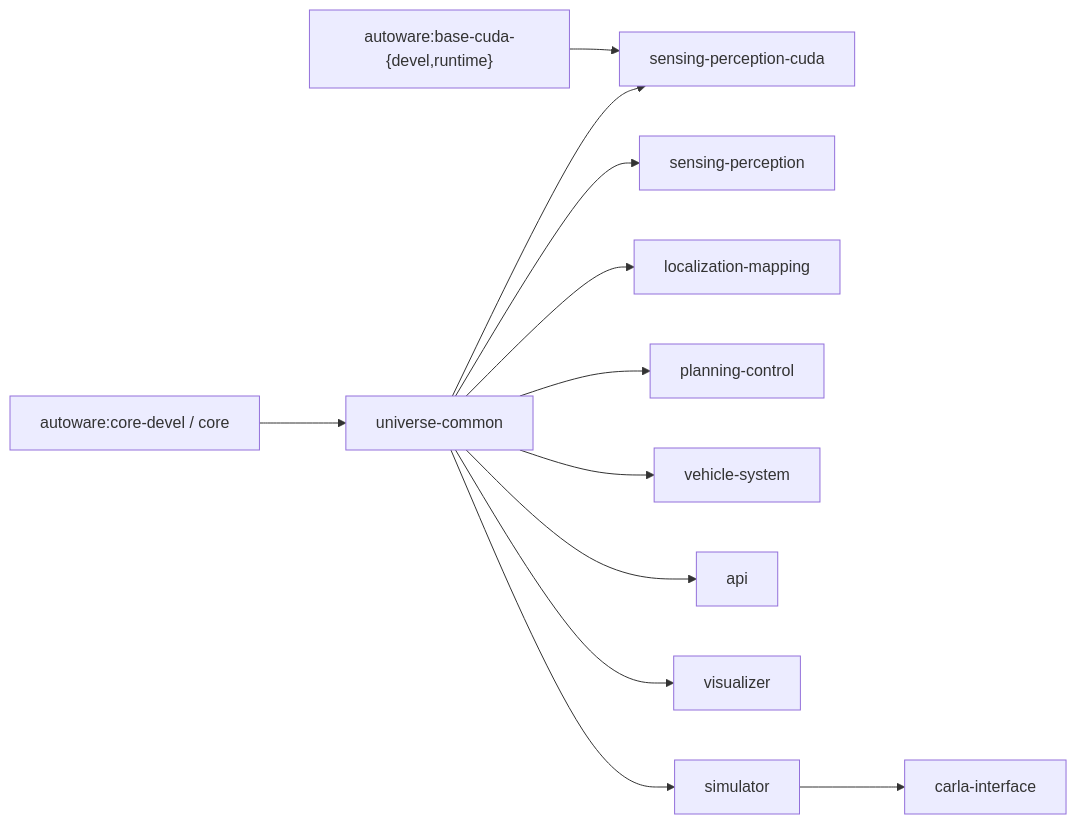
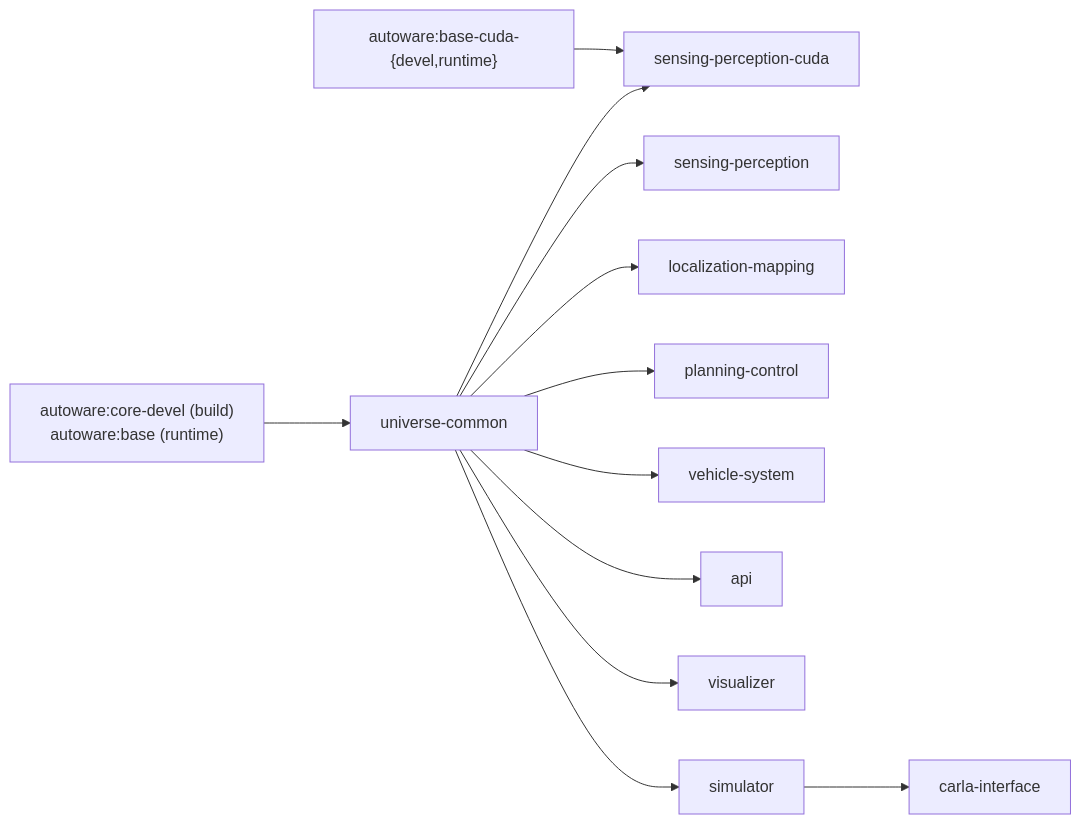
Before and after one commit to autowarefoundation/openadkit: the diagram in docs/includes/build-pipeline.md, drawn with Mermaid. The commit also changed 46 other files, not shown here.

````diff
--- a/docs/includes/build-pipeline.md
+++ b/docs/includes/build-pipeline.md
@@ -1,14 +1,14 @@
 ```mermaid
 flowchart LR
-    CORE["autoware:core-devel / core"] --> UC["universe-common"]
+    CORE["autoware:core-devel (build)<br/>autoware:base (runtime)"] --> UC["universe-common"]
     CUDA["autoware:base-cuda-{devel,runtime}"] --> SPC["sensing-perception-cuda"]
     UC --> SP["sensing-perception"]
     UC --> LM["localization-mapping"]
     UC --> PC["planning-control"]
     UC --> VS["vehicle-system"]
     UC --> API["api"]
     UC --> VIZ["visualizer"]
     UC --> SIM["simulator"]
     UC --> SPC
     SIM --> CARLA["carla-interface"]
 ```
````
